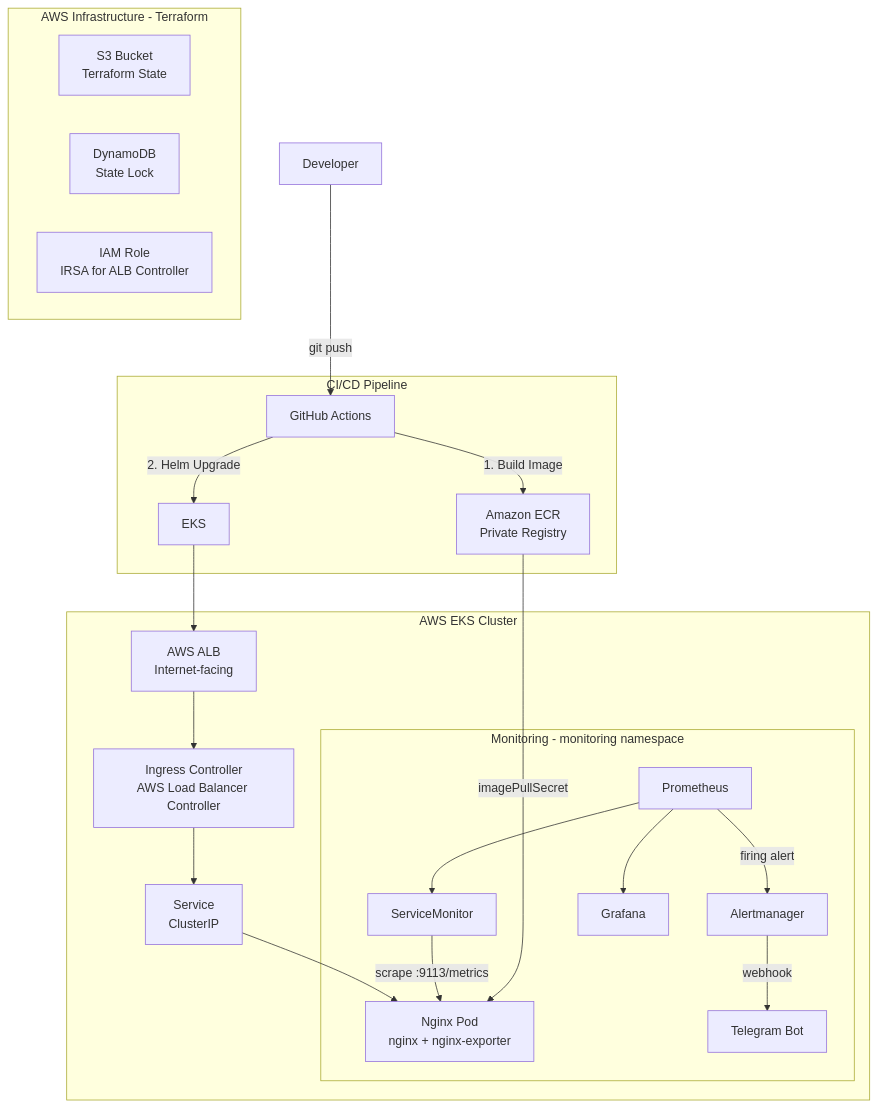
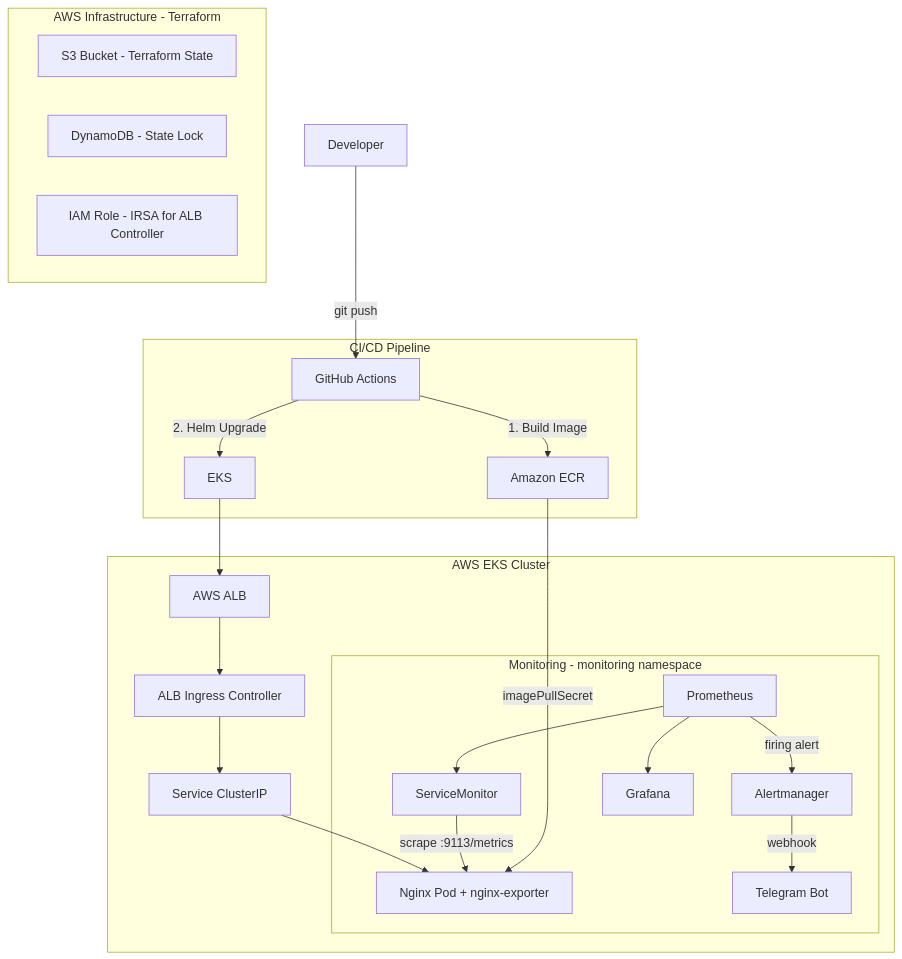
The diagram in README.md (genos1020/devops-interview-project), drawn with Mermaid before and after one commit. The commit also changed 1 other file, not shown here.

Commit message:
fix README - 不支援 \n 換行

````diff
--- a/README.md
+++ b/README.md
@@ -9,32 +9,32 @@
 ```mermaid
 graph TD
     Dev[Developer] -->|git push| GH[GitHub Actions]
 
     subgraph CI/CD Pipeline
-        GH -->|1. Build Image| ECR[Amazon ECR\nPrivate Registry]
+        GH -->|1. Build Image| ECR[Amazon ECR]
         GH -->|2. Helm Upgrade| EKS
     end
 
     subgraph AWS EKS Cluster
-        EKS --> ALB[AWS ALB\nInternet-facing]
-        ALB --> Ingress[Ingress Controller\nAWS Load Balancer Controller]
-        Ingress --> SVC[Service\nClusterIP]
-        SVC --> Pod[Nginx Pod\nnginx + nginx-exporter]
+        EKS --> ALB[AWS ALB]
+        ALB --> Ingress[ALB Ingress Controller]
+        Ingress --> SVC[Service ClusterIP]
+        SVC --> Pod[Nginx Pod + nginx-exporter]
 
         subgraph Monitoring - monitoring namespace
             SM[ServiceMonitor] -->|scrape :9113/metrics| Pod
             Prom[Prometheus] --> SM
             Prom -->|firing alert| AM[Alertmanager]
             AM -->|webhook| TG[Telegram Bot]
             Prom --> Grafana
         end
     end
 
     subgraph AWS Infrastructure - Terraform
-        S3[S3 Bucket\nTerraform State]
-        DDB[DynamoDB\nState Lock]
-        IAM[IAM Role\nIRSA for ALB Controller]
+        S3[S3 Bucket - Terraform State]
+        DDB[DynamoDB - State Lock]
+        IAM[IAM Role - IRSA for ALB Controller]
     end
 
     ECR -->|imagePullSecret| Pod
 ```
````
